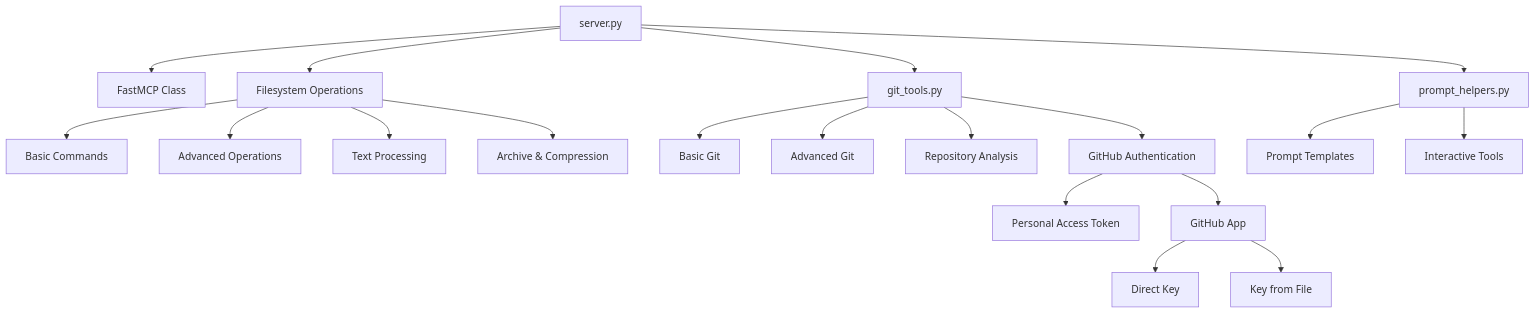
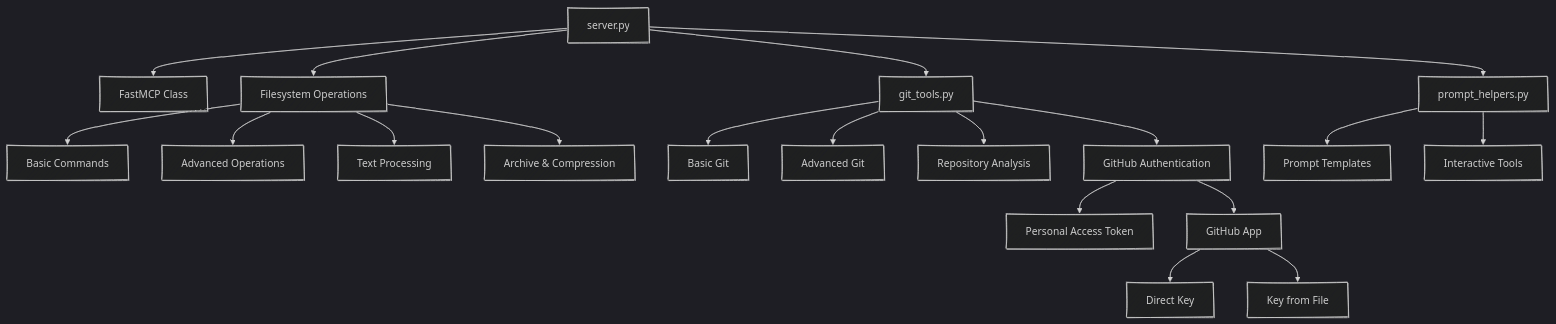
Before and after one commit to aj-geddes/fastfs-mcp: the second of 8 diagrams in README.md, drawn with Mermaid. The commit also changed other lines of this file, not shown here.

Commit message:
Add hand-drawn theme styling to all Mermaid diagrams

````diff
--- a/README.md
+++ b/README.md
@@ -35,25 +36,26 @@
 ```mermaid
+%%{ init: { "theme": "dark", "look": "handDrawn", "themeVariables": { "handDrawn": true } } }%%
 graph TD
     Server[server.py] --> FastMCP[FastMCP Class]
     Server --> FileOps[Filesystem Operations]
     Server --> GitTools[git_tools.py]
     Server --> PromptHelpers[prompt_helpers.py]
     
     FileOps --> Basic[Basic Commands]
     FileOps --> Advanced[Advanced Operations]
     FileOps --> Text[Text Processing]
     FileOps --> Archive[Archive & Compression]
     
     GitTools --> BasicGit[Basic Git]
     GitTools --> AdvancedGit[Advanced Git]
     GitTools --> GitAnalysis[Repository Analysis]
     GitTools --> GitAuth[GitHub Authentication]
     
     PromptHelpers --> Templates[Prompt Templates]
     PromptHelpers --> Interactive[Interactive Tools]
     
     GitAuth --> PAT[Personal Access Token]
     GitAuth --> GitHubApp[GitHub App]
     GitHubApp --> DirectKey[Direct Key]
     GitHubApp --> KeyFromFile[Key from File]
 ```
````
